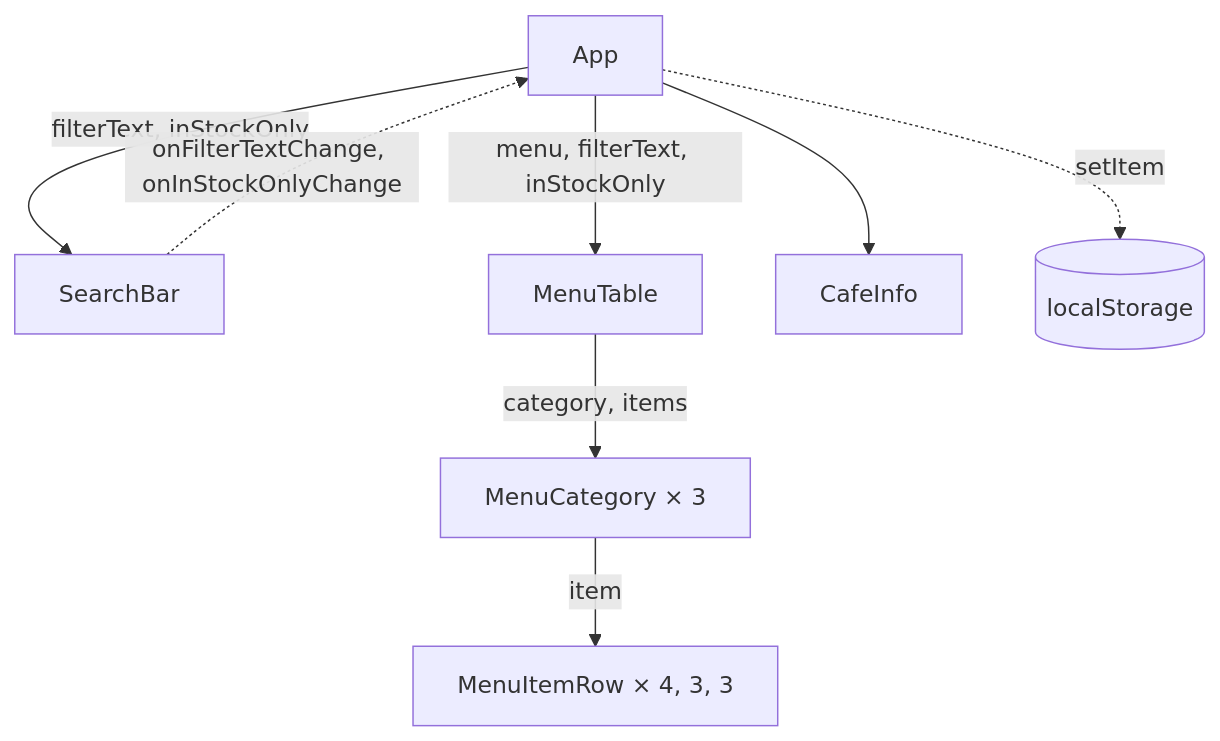
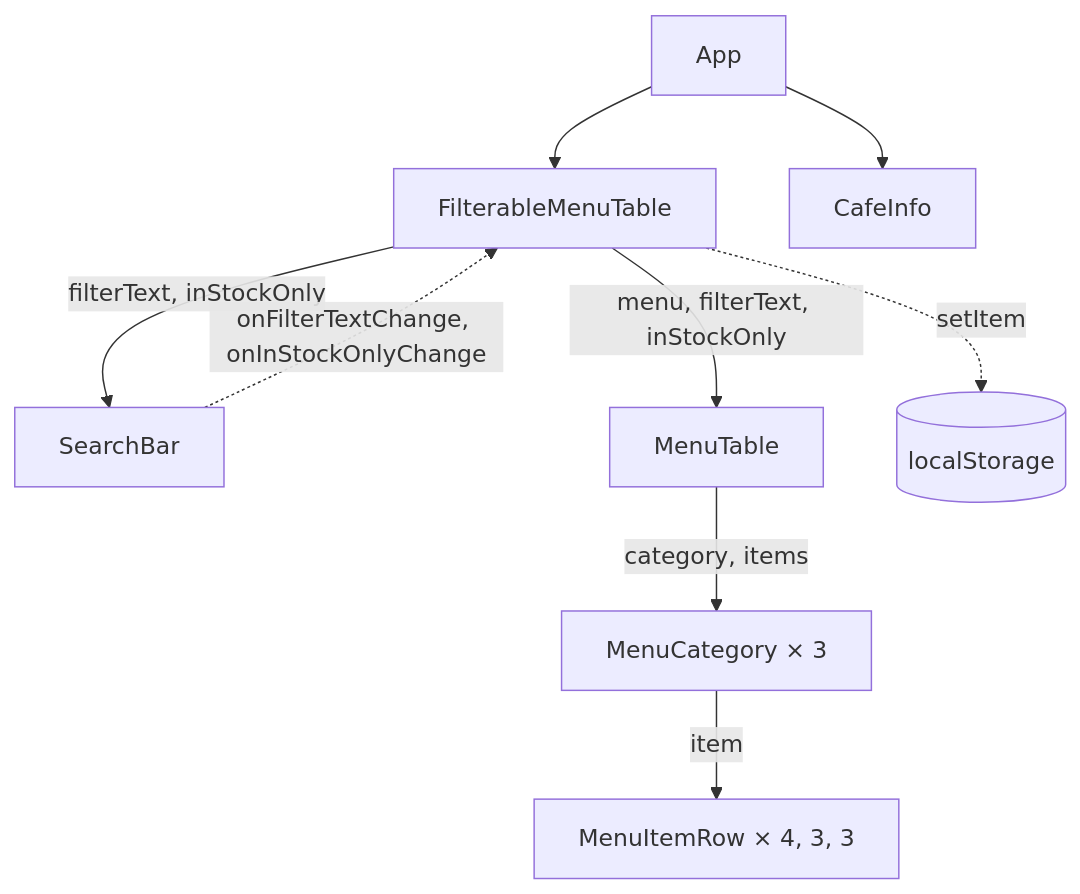
One commit to dianablyshchyk-ai/react-labs changed the diagram in lab-4/README.md. Above: the diagram before and after it, drawn with Mermaid. The commit also changed other lines of this file and 2 other files, not shown here.

Commit message:
docs: compare renders before and after state colocation

````diff
--- a/lab-4/README.md
+++ b/lab-4/README.md
@@ -31,11 +31,12 @@
 ```mermaid
 flowchart TD
-  App -->|"filterText, inStockOnly"| SearchBar
-    App -->|"menu, filterText, inStockOnly"| MenuTable
+  App --> FilterableMenuTable
     App --> CafeInfo
+    FilterableMenuTable -->|"filterText, inStockOnly"| SearchBar
+    FilterableMenuTable -->|"menu, filterText, inStockOnly"| MenuTable
     MenuTable -->|"category, items"| MenuCategory["MenuCategory × 3"]
     MenuCategory -->|"item"| MenuItemRow["MenuItemRow × 4, 3, 3"]
 
-    SearchBar -.->|"onFilterTextChange, onInStockOnlyChange"| App
-    App -.->|"setItem"| LocalStorage[("localStorage")]
+    SearchBar -.->|"onFilterTextChange, onInStockOnlyChange"| FilterableMenuTable
+    FilterableMenuTable -.->|"setItem"| LocalStorage[("localStorage")]
 ```
````
